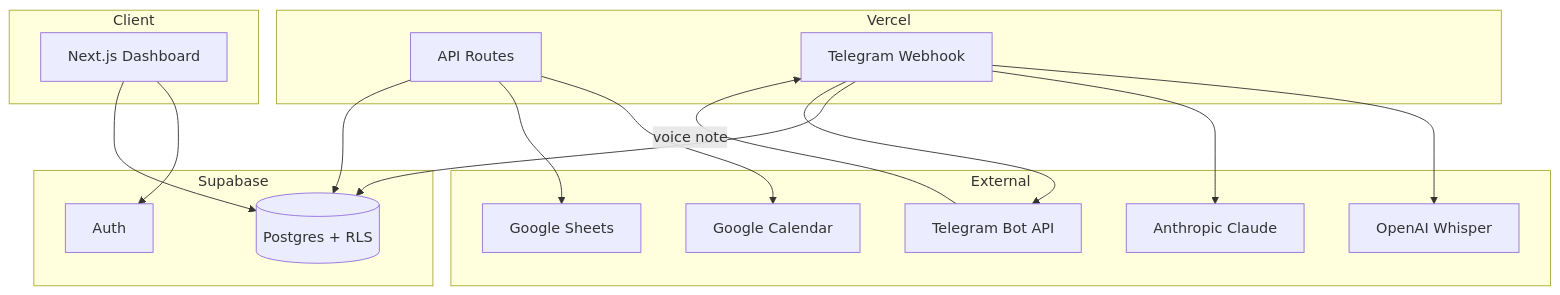
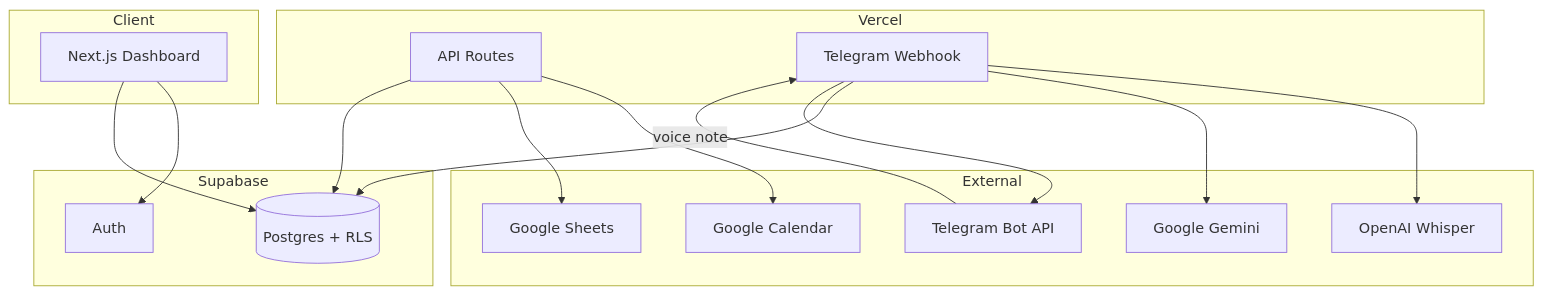
Before and after one commit to porterraz/personalhub: the diagram in ARCHITECTURE.md, drawn with Mermaid. The commit also changed other lines of this file and 14 other files, not shown here.

Commit message:
Replace Claude with Gemini for voice note classification

````diff
--- a/ARCHITECTURE.md
+++ b/ARCHITECTURE.md
@@ -7,35 +7,35 @@
 ```mermaid
 flowchart TB
   subgraph Client
     UI[Next.js Dashboard]
   end
 
   subgraph Vercel
     API[API Routes]
     WH[Telegram Webhook]
   end
 
   subgraph External
     TG[Telegram Bot API]
     GCal[Google Calendar]
     GSheets[Google Sheets]
     OAI[OpenAI Whisper]
-    Claude[Anthropic Claude]
+    Gemini[Google Gemini]
   end
 
   subgraph Supabase
     DB[(Postgres + RLS)]
     Auth[Auth]
   end
 
   UI --> Auth
   UI --> DB
   API --> GCal
   API --> GSheets
   API --> DB
   TG -->|voice note| WH
   WH --> OAI
-  WH --> Claude
+  WH --> Gemini
   WH --> DB
   WH --> TG
 ```
````
